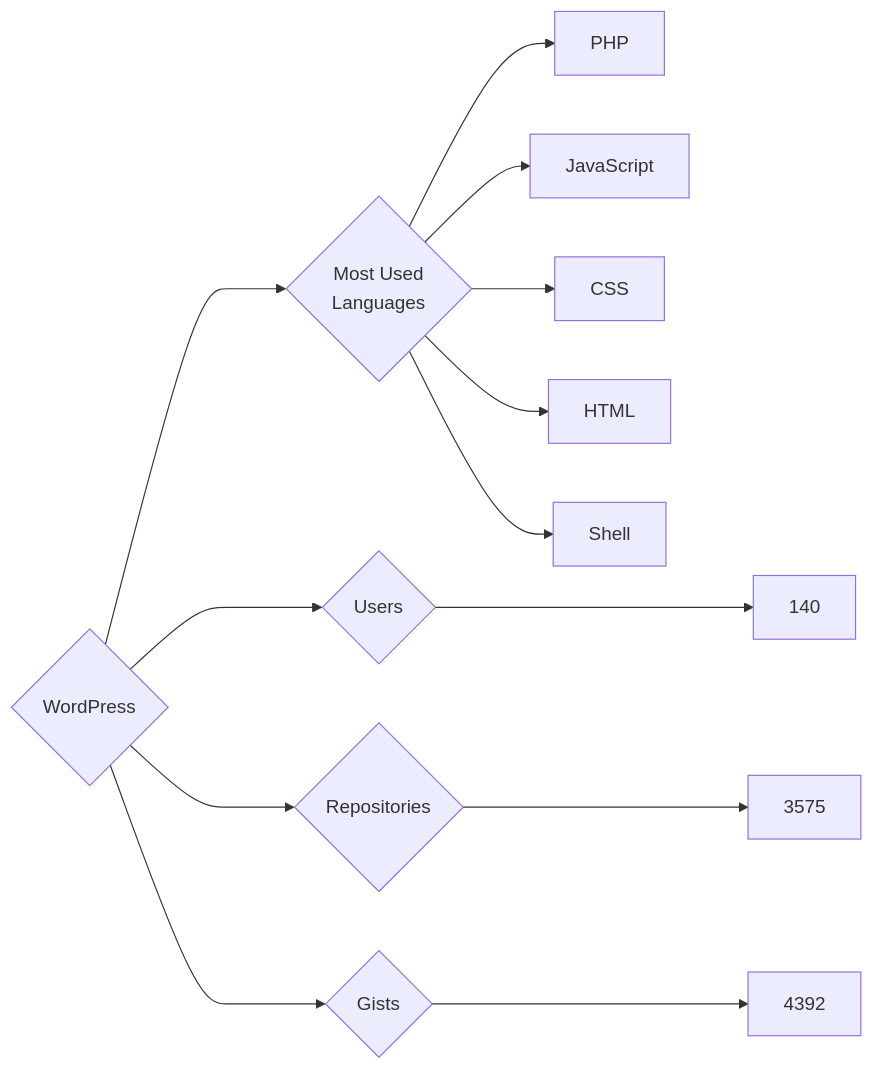
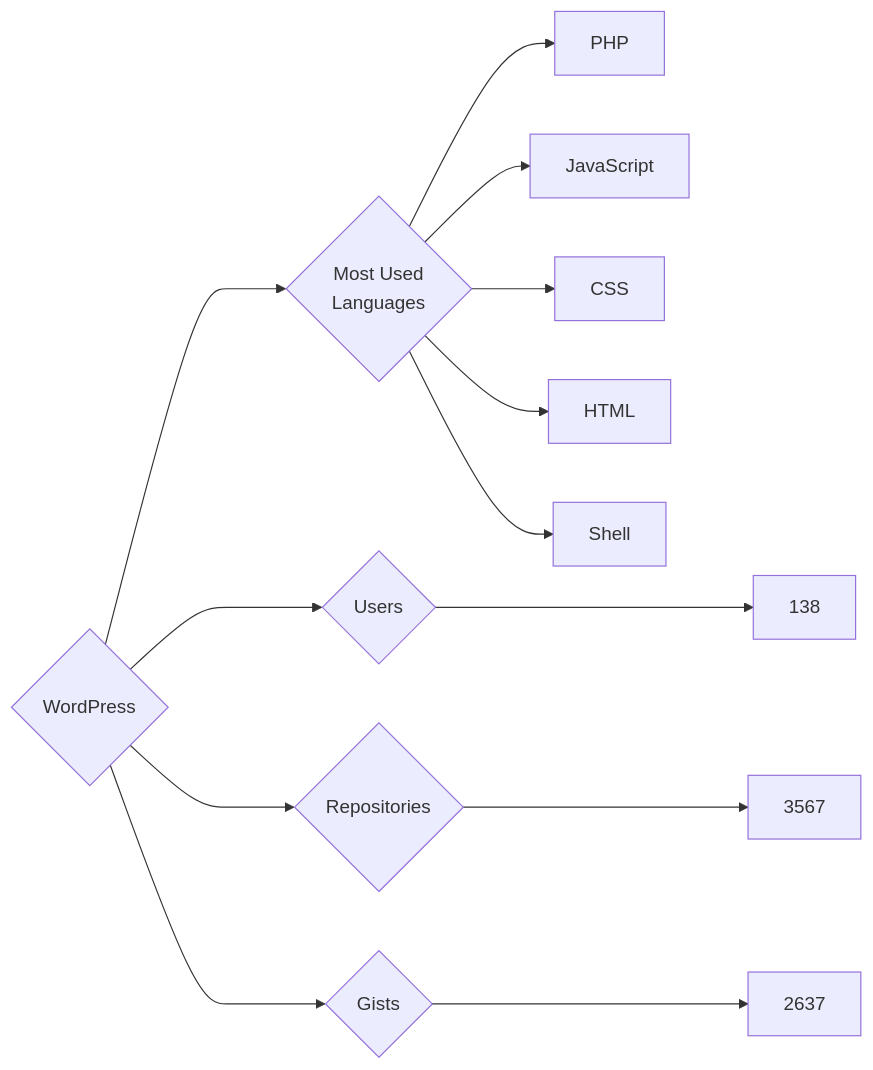
The diagram in targets/WordPress/README.md (trickest/insiders), drawn with Mermaid before and after one commit. The commit also changed 903 other files, not shown here.

````diff
--- a/targets/WordPress/README.md
+++ b/targets/WordPress/README.md
@@ -3,13 +3,13 @@
 ```mermaid
 graph LR
 COMPANY_NAME{WordPress}
-COMPANY_NAME ---> U{Users} ---> UN[140]
-COMPANY_NAME ---> R{Repositories} ---> RN[3575]
-COMPANY_NAME ---> G{Gists} ---> GN[4392]
+COMPANY_NAME ---> U{Users} ---> UN[138]
+COMPANY_NAME ---> R{Repositories} ---> RN[3567]
+COMPANY_NAME ---> G{Gists} ---> GN[2637]
 COMPANY_NAME ---> ML{Most Used<br>Languages}
 ML --> PHP[PHP]
 ML --> JavaScript[JavaScript]
 ML --> CSS[CSS]
 ML --> HTML[HTML]
 ML --> Shell[Shell]
 ```
````
